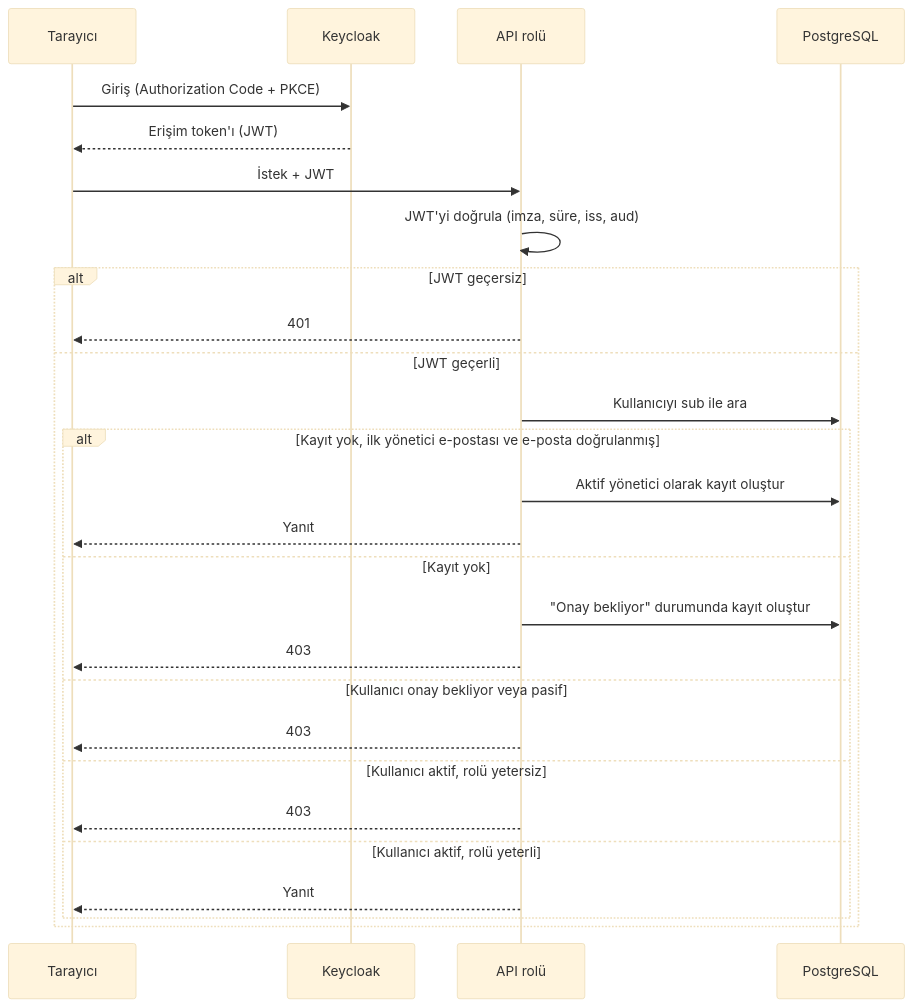
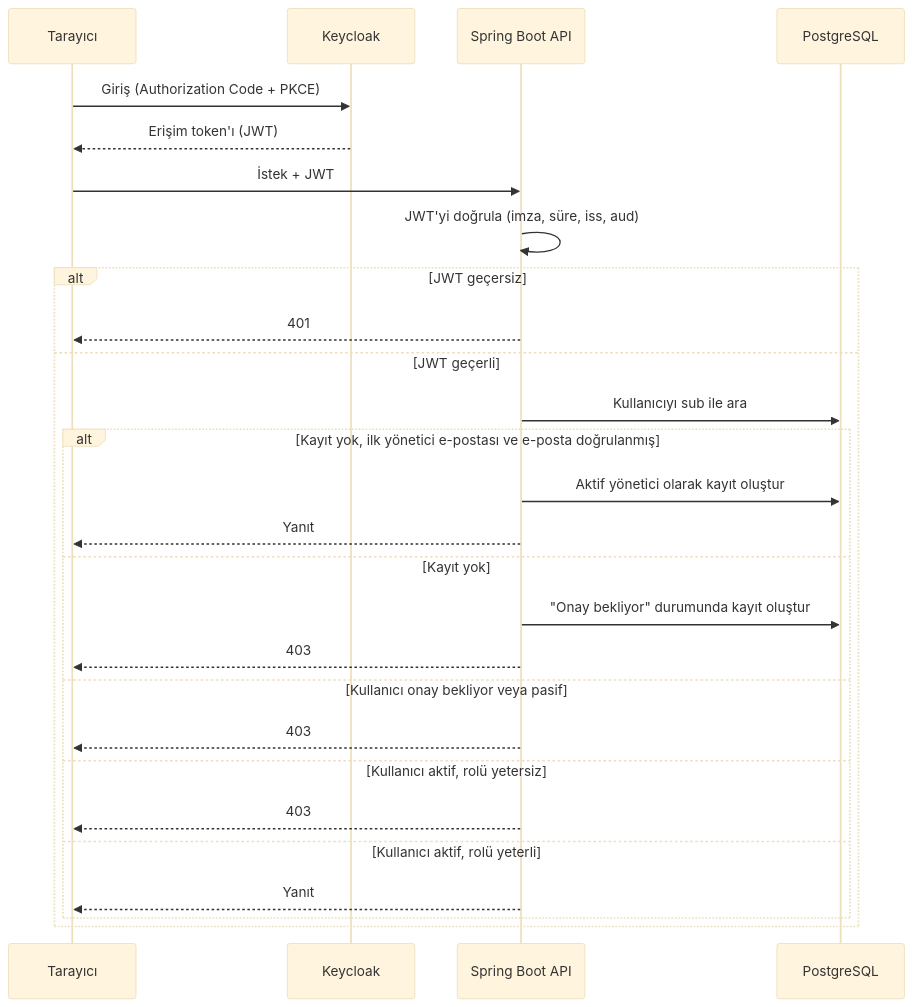
The sixth of 8 diagrams in docs/04-mimari.md (FallErdem/haber-arama-platformu), drawn with Mermaid (base theme) before and after one commit. The commit also changed other lines of this file and 8 other files, not shown here.

````diff
--- a/docs/04-mimari.md
+++ b/docs/04-mimari.md
@@ -178,30 +181,30 @@
 ```mermaid
 sequenceDiagram
     participant B as Tarayıcı
     participant KC as Keycloak
-    participant A as API rolü
+    participant A as Spring Boot API
     participant PG as PostgreSQL
 
     B->>KC: Giriş (Authorization Code + PKCE)
     KC-->>B: Erişim token'ı (JWT)
     B->>A: İstek + JWT
     A->>A: JWT'yi doğrula (imza, süre, iss, aud)
     alt JWT geçersiz
         A-->>B: 401
     else JWT geçerli
         A->>PG: Kullanıcıyı sub ile ara
         alt Kayıt yok, ilk yönetici e-postası ve e-posta doğrulanmış
             A->>PG: Aktif yönetici olarak kayıt oluştur
             A-->>B: Yanıt
         else Kayıt yok
             A->>PG: "Onay bekliyor" durumunda kayıt oluştur
             A-->>B: 403
         else Kullanıcı onay bekliyor veya pasif
             A-->>B: 403
         else Kullanıcı aktif, rolü yetersiz
             A-->>B: 403
         else Kullanıcı aktif, rolü yeterli
             A-->>B: Yanıt
         end
     end
 ```
````
